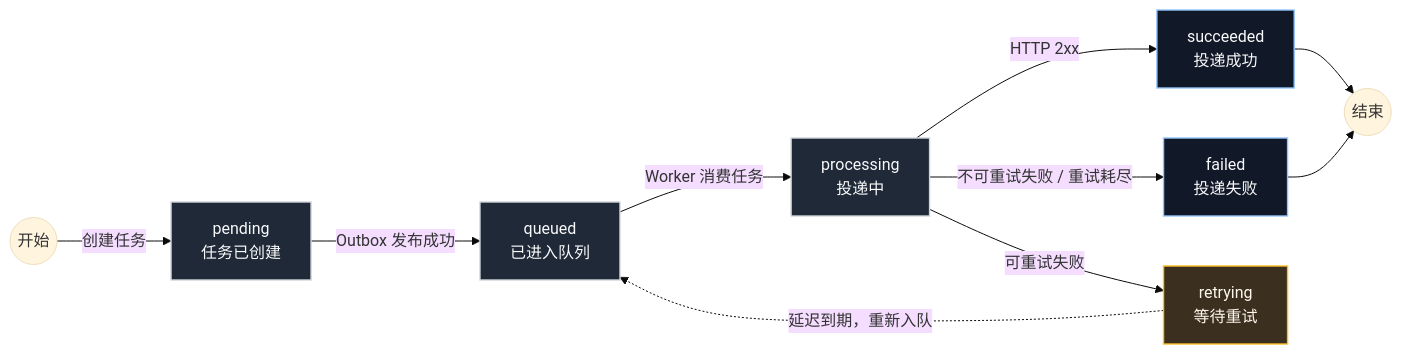
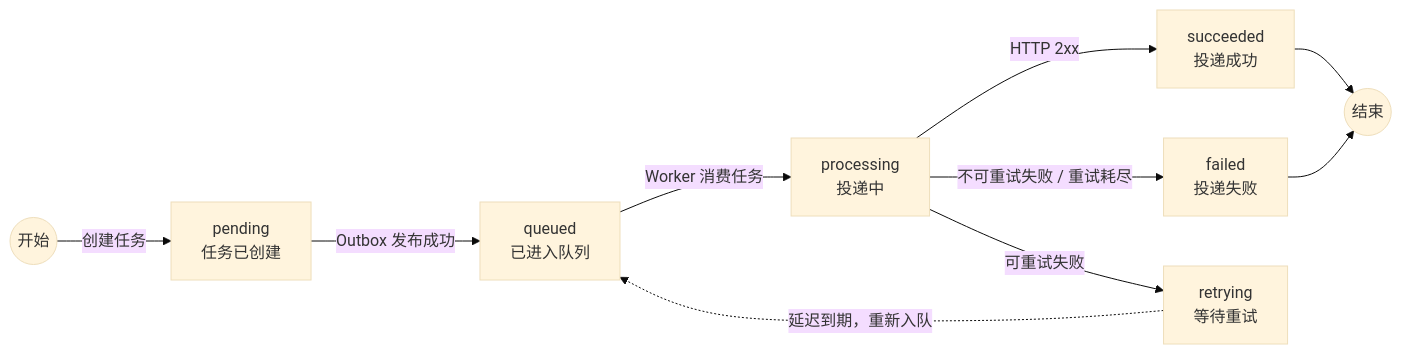
The fifth of 5 diagrams in README.md (wuqiaohua/rc_wuqiaohua), drawn with Mermaid (base theme) before and after one commit.

````diff
--- a/README.md
+++ b/README.md
@@ -175,30 +175,23 @@
 ```mermaid
 flowchart LR
     Start((开始))
     Pending["pending<br/>任务已创建"]
     Queued["queued<br/>已进入队列"]
     Processing["processing<br/>投递中"]
     Retrying["retrying<br/>等待重试"]
     Succeeded["succeeded<br/>投递成功"]
     Failed["failed<br/>投递失败"]
     End((结束))
 
     Start -->|创建任务| Pending
     Pending -->|Outbox 发布成功| Queued
     Queued -->|Worker 消费任务| Processing
 
     Processing -->|HTTP 2xx| Succeeded
     Processing -->|不可重试失败 / 重试耗尽| Failed
     Processing -->|可重试失败| Retrying
     Retrying -.->|延迟到期，重新入队| Queued
 
     Succeeded --> End
     Failed --> End
-
-    classDef active fill:#1f2937,stroke:#d1d5db,stroke-width:1.4px,color:#f9fafb;
-    classDef terminal fill:#111827,stroke:#93c5fd,stroke-width:1.4px,color:#f9fafb;
-    classDef retry fill:#3b2f1f,stroke:#fbbf24,stroke-width:1.4px,color:#fff7ed;
-    class Pending,Queued,Processing active;
-    class Retrying retry;
-    class Succeeded,Failed terminal;
 ```
````
